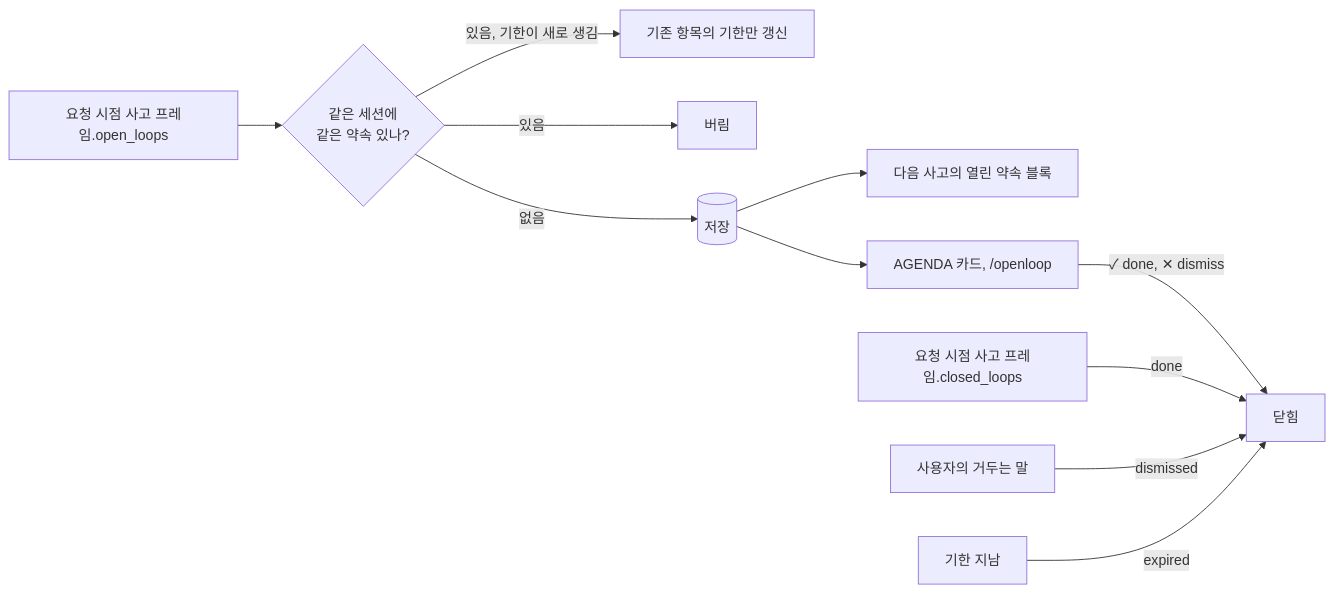
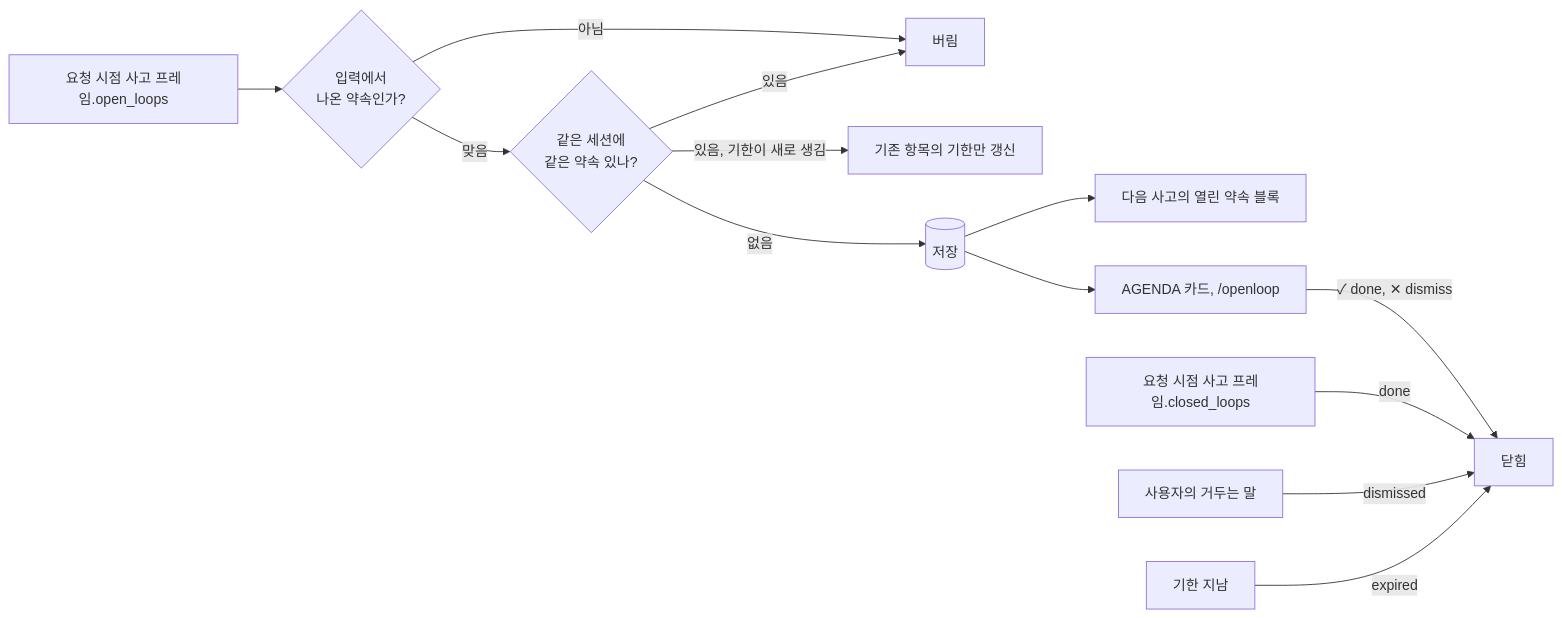
Before and after one commit to ash-hun/jarvis-agent: the first of 7 diagrams in website/docs/concepts/agenda.md, drawn with Mermaid. The commit also changed other lines of this file and 16 other files, not shown here.

````diff
--- a/website/docs/concepts/agenda.md
+++ b/website/docs/concepts/agenda.md
@@ -14,13 +14,15 @@
 ```mermaid
 flowchart LR
-  T[요청 시점 사고 프레임.open_loops] --> U{같은 세션에<br/>같은 약속 있나?}
+  T[요청 시점 사고 프레임.open_loops] --> GR{입력에서<br/>나온 약속인가?}
+  GR -- 아님 --> X
+  GR -- 맞음 --> U{같은 세션에<br/>같은 약속 있나?}
   U -- 있음, 기한이 새로 생김 --> G[기존 항목의 기한만 갱신]
   U -- 있음 --> X[버림]
   U -- 없음 --> S[(저장)]
   S --> R[다음 사고의 열린 약속 블록]
   S --> A[AGENDA 카드, /openloop]
   A -->|✓ done, ✕ dismiss| C[닫힘]
   K[요청 시점 사고 프레임.closed_loops] -->|done| C
   Q[사용자의 거두는 말] -->|dismissed| C
   E[기한 지남] -->|expired| C
 ```
````
